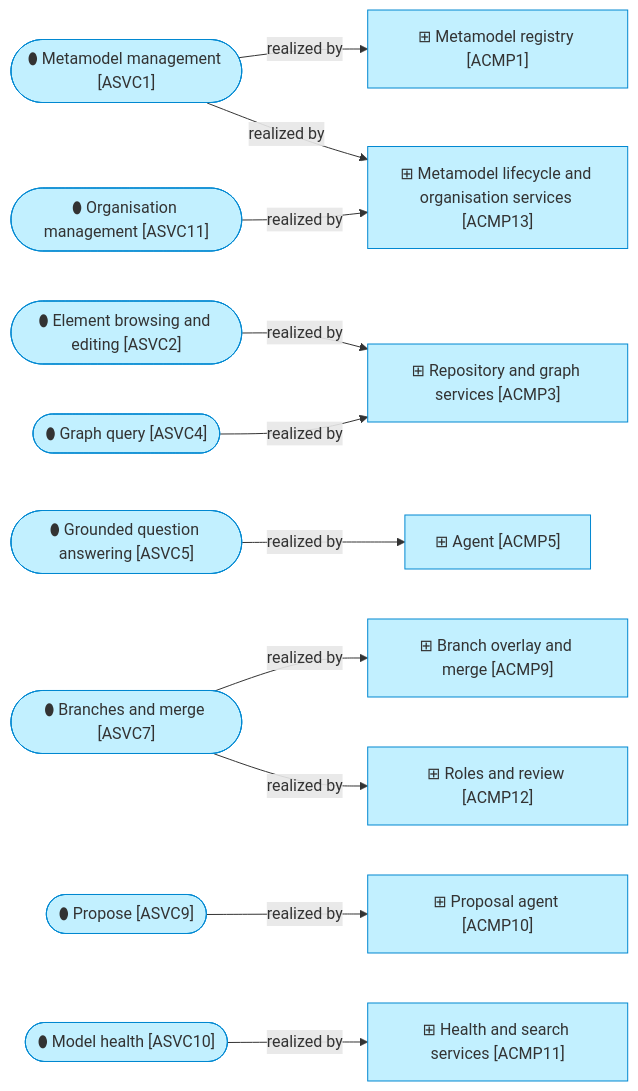
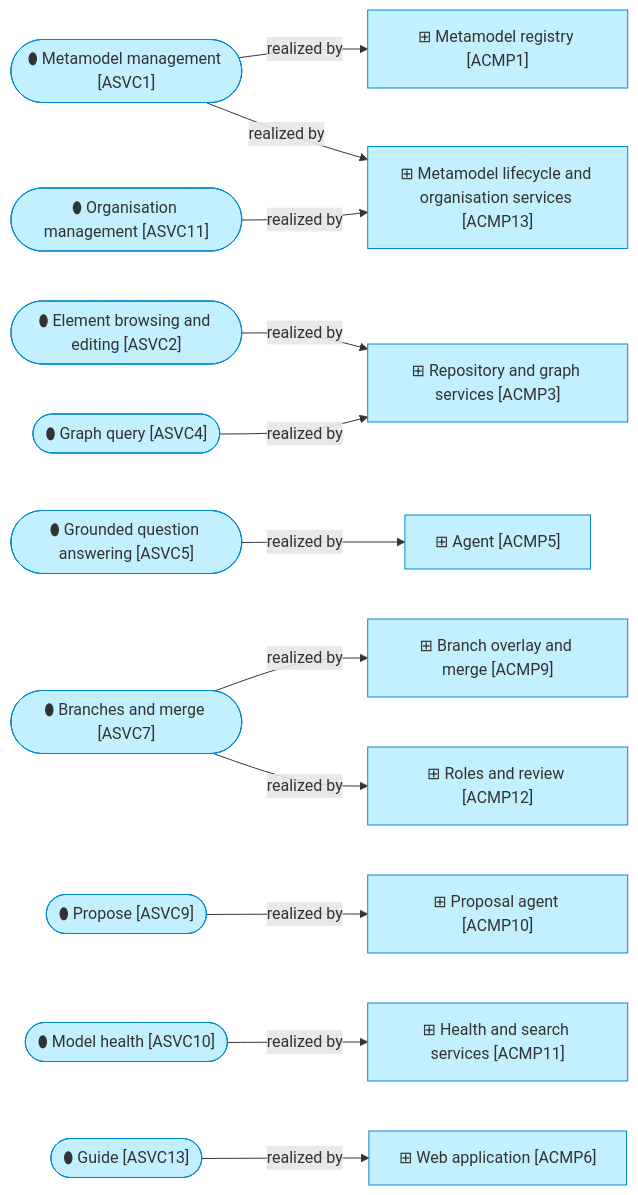
Before and after one commit to roanboc/dbx-enterprise-architecture: the fourth of 4 diagrams in architecture/4_application/1_application-services.md, drawn with Mermaid. The commit also changed other lines of this file and 11 other files, not shown here.

First line of the commit message:
docs(architecture): initiative 24 built; the layers say what it delivered

````diff
--- a/architecture/4_application/1_application-services.md
+++ b/architecture/4_application/1_application-services.md
@@ -112,31 +118,34 @@
 ```mermaid
 flowchart LR
   s1(["⬮ Metamodel management [ASVC1]"]):::application
   s2(["⬮ Element browsing and editing [ASVC2]"]):::application
   s4(["⬮ Graph query [ASVC4]"]):::application
   s5(["⬮ Grounded question answering [ASVC5]"]):::application
   s7(["⬮ Branches and merge [ASVC7]"]):::application
   s9(["⬮ Propose [ASVC9]"]):::application
   s10(["⬮ Model health [ASVC10]"]):::application
   s11(["⬮ Organisation management [ASVC11]"]):::application
+  s13(["⬮ Guide [ASVC13]"]):::application
   c1["⊞ Metamodel registry [ACMP1]"]:::application
   c3["⊞ Repository and graph services [ACMP3]"]:::application
   c5["⊞ Agent [ACMP5]"]:::application
+  c6["⊞ Web application [ACMP6]"]:::application
   c9["⊞ Branch overlay and merge [ACMP9]"]:::application
   c10["⊞ Proposal agent [ACMP10]"]:::application
   c11["⊞ Health and search services [ACMP11]"]:::application
   c12["⊞ Roles and review [ACMP12]"]:::application
   c13["⊞ Metamodel lifecycle and organisation services [ACMP13]"]:::application
   s1 -->|realized by| c1
   s1 -->|realized by| c13
   s2 -->|realized by| c3
   s4 -->|realized by| c3
   s5 -->|realized by| c5
   s7 -->|realized by| c9
   s7 -->|realized by| c12
   s9 -->|realized by| c10
   s10 -->|realized by| c11
   s11 -->|realized by| c13
+  s13 -->|realized by| c6
 
   classDef application fill:#c2f0ff,stroke:#0288d1,color:#333
 ```
````
